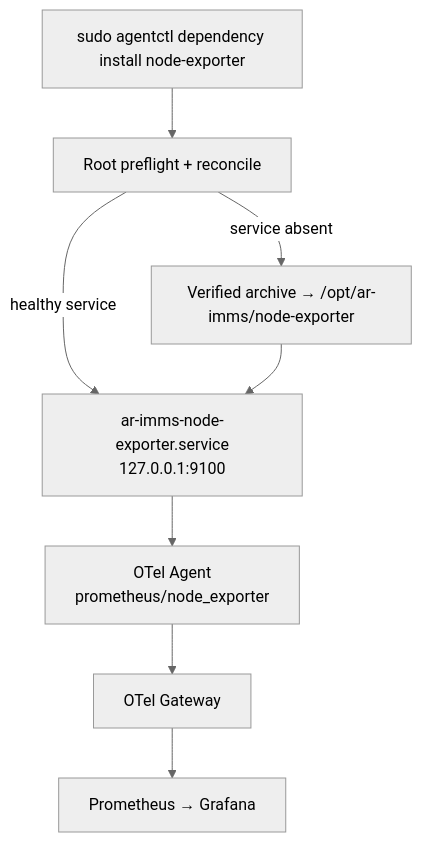
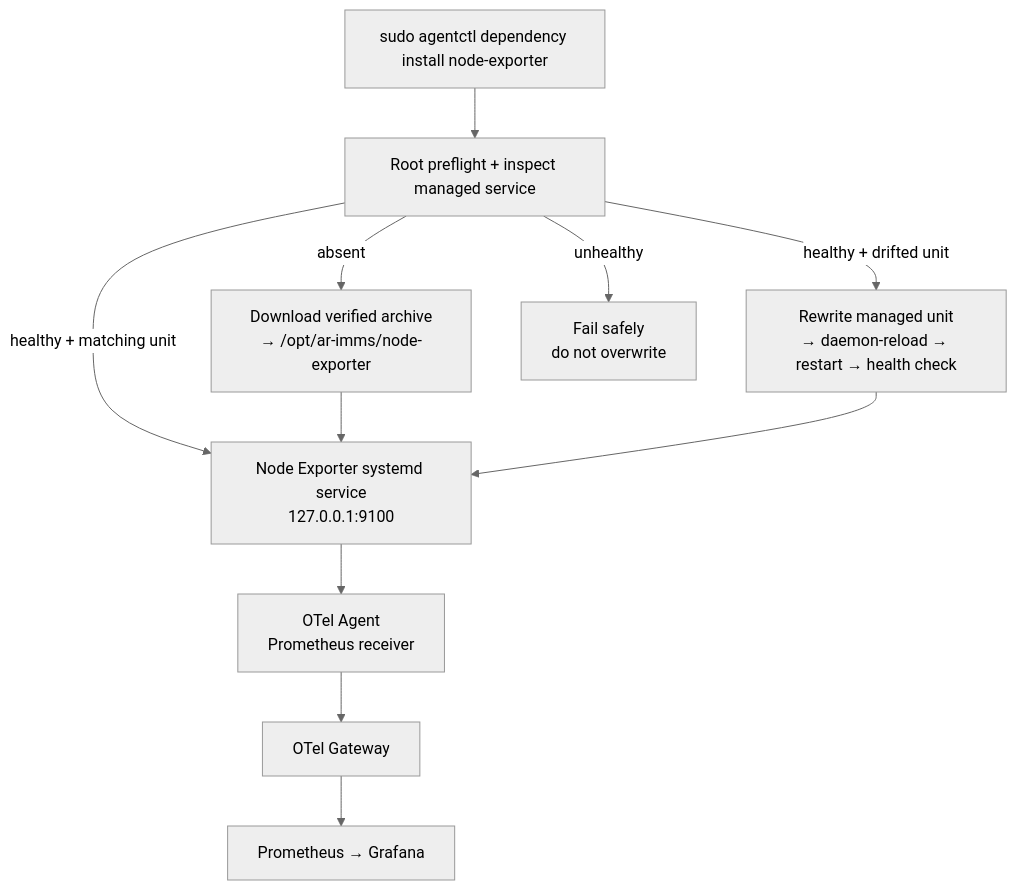
The diagram in docs/architecture/node-exporter-dependency.md (AR-IMMS/telemetry-agent), drawn with Mermaid (neutral theme) before and after one commit. The commit also changed 17 other files, not shown here.

First line of the commit message:
fix(node-exporter): reconcile managed systemd unit drift

````diff
--- a/docs/architecture/node-exporter-dependency.md
+++ b/docs/architecture/node-exporter-dependency.md
@@ -6,18 +6,21 @@
 ```mermaid
 flowchart TD
     CLI["sudo agentctl dependency install node-exporter"]
-    Check["Root preflight + reconcile"]
-    Install["Verified archive → /opt/ar-imms/node-exporter"]
-    Service["ar-imms-node-exporter.service<br/>127.0.0.1:9100"]
-    Agent["OTel Agent<br/>prometheus/node_exporter"]
+    Check["Root preflight + inspect managed service"]
+    Install["Download verified archive<br/>→ /opt/ar-imms/node-exporter"]
+    Update["Rewrite managed unit<br/>→ daemon-reload → restart → health check"]
+    Reject["Fail safely<br/>do not overwrite"]
+    Service["Node Exporter systemd service<br/>127.0.0.1:9100"]
+    Agent["OTel Agent<br/>Prometheus receiver"]
     Gateway["OTel Gateway"]
     Stack["Prometheus → Grafana"]
 
     CLI --> Check
-    Check -->|service absent| Install
-    Check -->|healthy service| Service
+    Check -->|"absent"| Install
+    Check -->|"healthy + matching unit"| Service
+    Check -->|"healthy + drifted unit"| Update
+    Check -->|"unhealthy"| Reject
     Install --> Service
-    Service --> Agent
-    Agent --> Gateway
-    Gateway --> Stack
+    Update --> Service
+    Service --> Agent --> Gateway --> Stack
 ```
````
